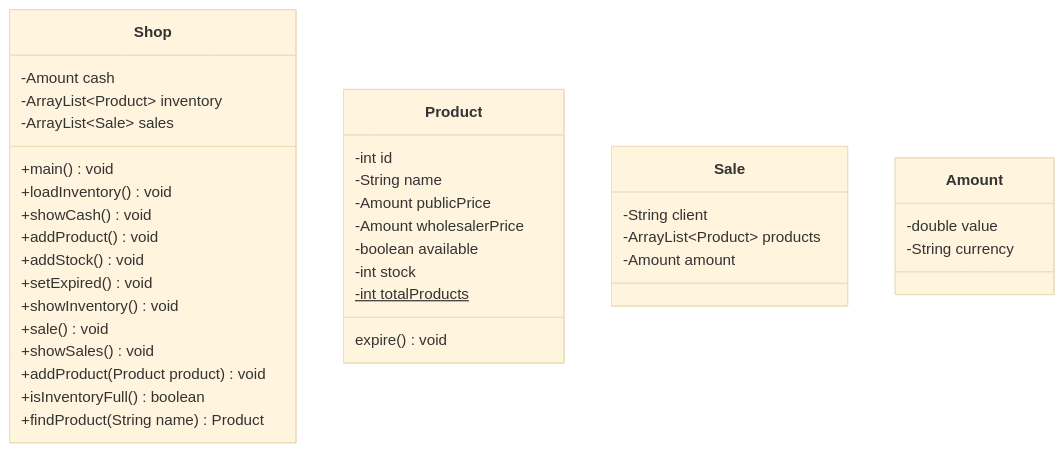
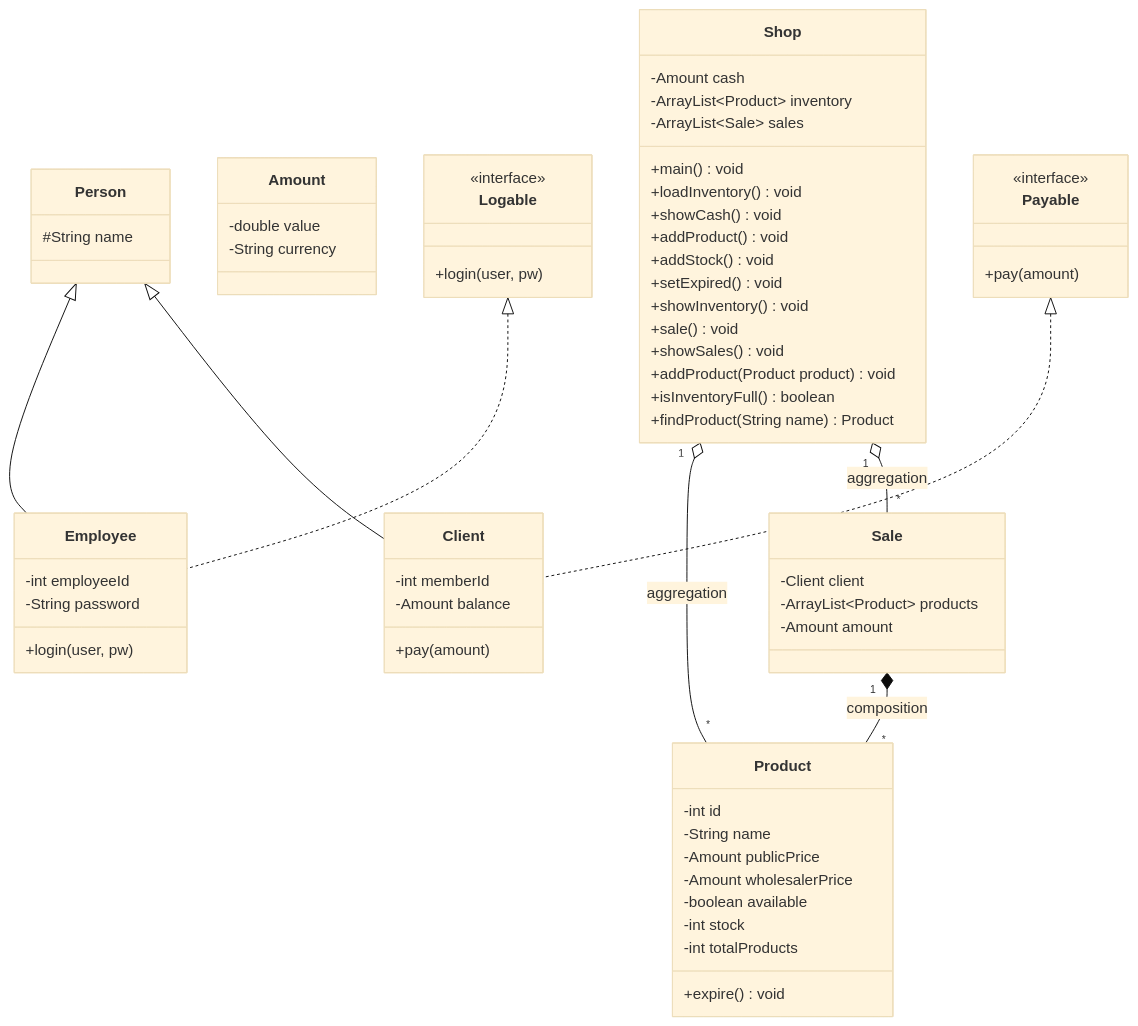
One commit to Ignaciobrenas/TiendaAPP_IgnacioBre-asMu-oz_DAW1 changed the diagram in README.md. Above: the diagram before and after it, drawn with Mermaid (base theme). The commit also changed other lines of this file, not shown here.

````diff
--- a/README.md
+++ b/README.md
@@ -28,39 +79,78 @@
 ```mermaid
 classDiagram
     class Shop{
       -Amount cash
-	  -ArrayList~Product~ inventory  
-      -ArrayList~Sale~ sales 
+      -ArrayList~Product~ inventory
+      -ArrayList~Sale~ sales
       +main() void
-	  +loadInventory() void
-	  +showCash() void
-	  +addProduct() void
-	  +addStock() void
-	  +setExpired() void
-	  +showInventory() void
-	  +sale() void
-	  +showSales() void
-	  +addProduct(Product product) void
-	  +isInventoryFull() boolean
-	  +findProduct(String name) Product
+      +loadInventory() void
+      +showCash() void
+      +addProduct() void
+      +addStock() void
+      +setExpired() void
+      +showInventory() void
+      +sale() void
+      +showSales() void
+      +addProduct(Product product) void
+      +isInventoryFull() boolean
+      +findProduct(String name) Product
     }
+
     class Product{
       -int id
       -String name
       -Amount publicPrice
       -Amount wholesalerPrice
       -boolean available
       -int stock
-      -int totalProducts$
-      expire() void
+      -int totalProducts
+      +expire() void
     }
+
     class Sale{
-      -String client
-      -ArrayList~Product~ products  
+      -Client client
+      -ArrayList~Product~ products
       -Amount amount
     }
+
     class Amount{
       -double value
-	    -String currency
+      -String currency
     }
+
+    class Person{
+      #String name
+    }
+
+    class Employee{
+      -int employeeId
+      -String password
+      +login(user, pw)
+    }
+
+    class Client{
+      -int memberId
+      -Amount balance
+      +pay(amount)
+    }
+
+    class Logable{
+      <<interface>>
+      +login(user, pw)
+    }
+
+    class Payable{
+      <<interface>>
+      +pay(amount)
+    }
+
+    Shop "1" o-- "*" Product : aggregation
+    Shop "1" o-- "*" Sale : aggregation
+    Sale "1" *-- "*" Product : composition
+
+    Person <|-- Employee
+    Person <|-- Client
+
+    Logable <|.. Employee
+    Payable <|.. Client
 ```
````
